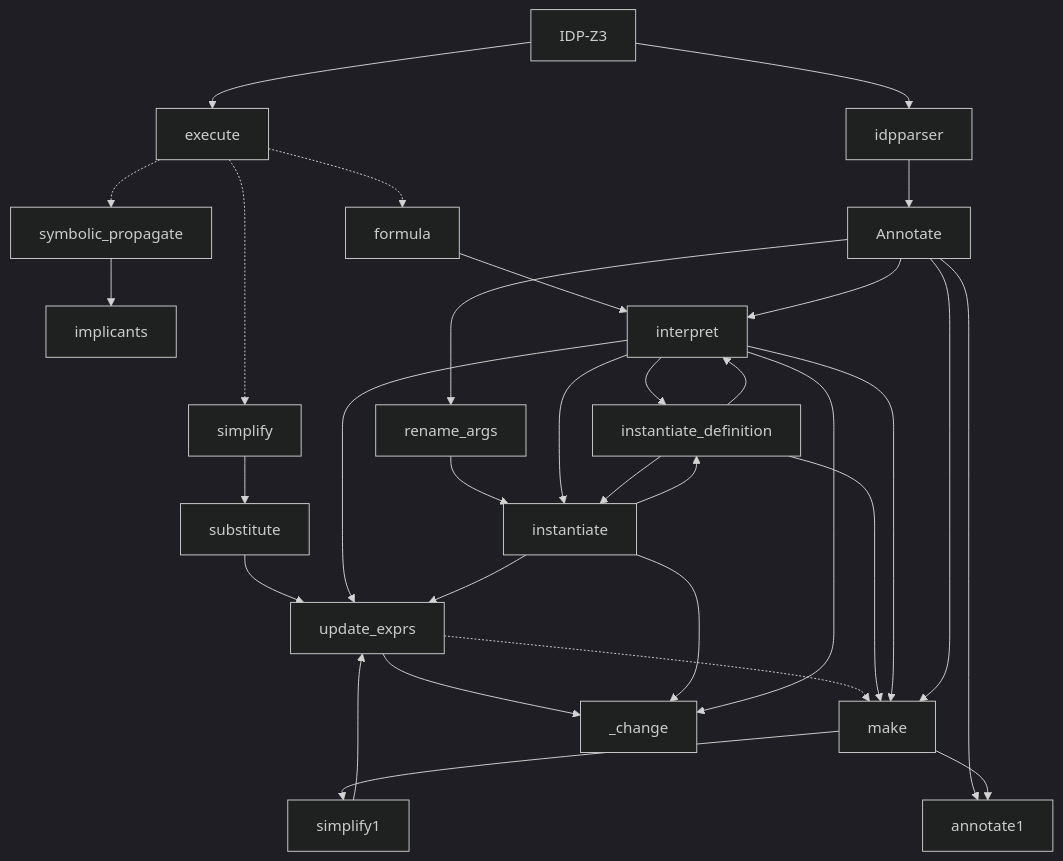
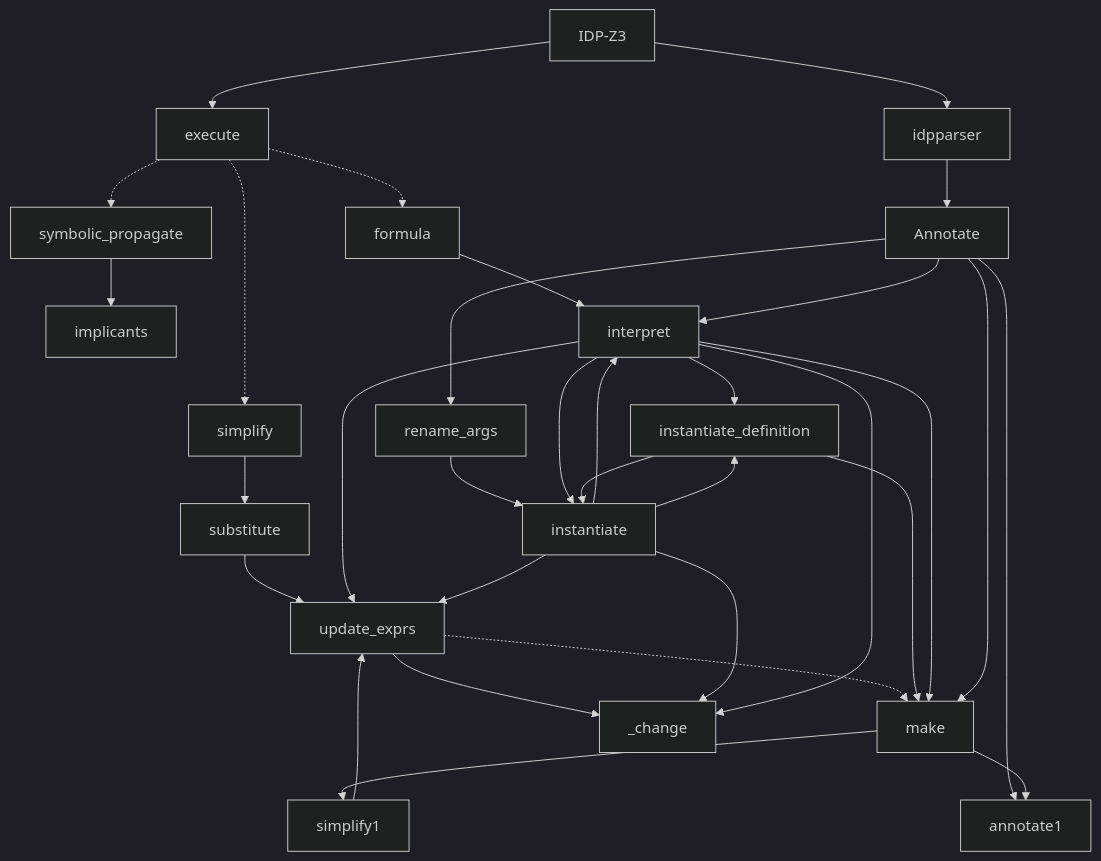
The diagram in docs/zettlr/Call graph.md (Sobhangh/IDP-Z3), drawn with Mermaid (dark theme) before and after one commit. The commit also changed 6 other files, not shown here.

Commit message:
refactor: do not call interpret in instantiate_definition

````diff
--- a/docs/zettlr/Call graph.md
+++ b/docs/zettlr/Call graph.md
@@ -5,41 +5,41 @@
 ```mermaid
     graph TD
         IDP-Z3 --> idpparser
         IDP-Z3 --> execute
 
         execute -.-> symbolic_propagate;
         symbolic_propagate --> implicants;
         execute -.-> simplify;
         simplify --> substitute;
         substitute --> update_exprs;
         execute -.-> formula
         formula --> interpret
 
         idpparser --> Annotate
         Annotate --> interpret;
         Annotate --> rename_args;
 
         rename_args --> instantiate;
-        instantiate_definition --> interpret;
         interpret --> instantiate_definition;
         interpret --> instantiate;
+        instantiate --> interpret;
+        instantiate --> instantiate_definition;
         instantiate_definition --> instantiate;
-        instantiate --> instantiate_definition;
         interpret --> update_exprs;
 
         update_exprs -.-> make;
         instantiate_definition --> make;
         update_exprs --> _change;
         interpret --> make;
         simplify1 --> update_exprs;
         make --> simplify1;
         Annotate --> annotate1;
         make --> annotate1;
 
         instantiate --> _change;
         interpret --> _change;
 
         Annotate --> make;
         instantiate --> update_exprs;
 
 ```
````
